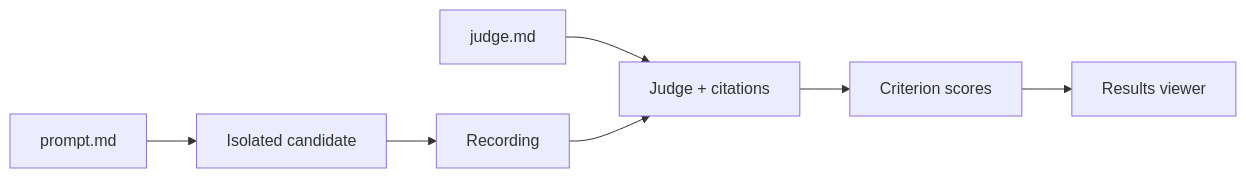
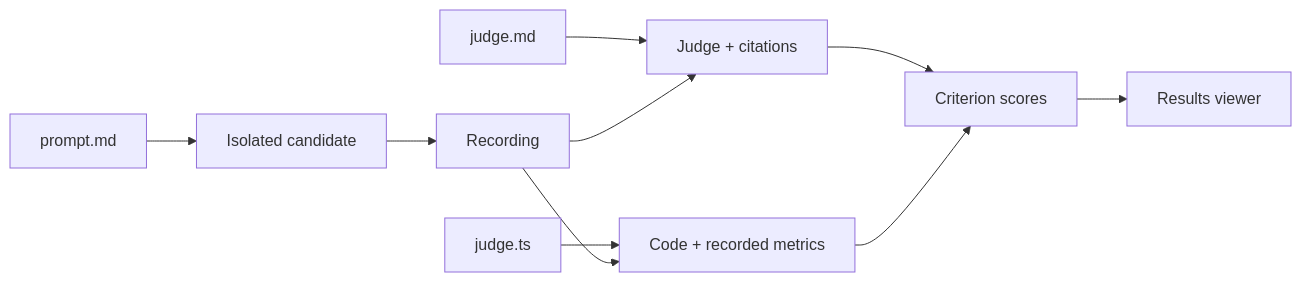
Before and after one commit to Hona/openeval: the diagram in README.md, drawn with Mermaid. The commit also changed other lines of this file and 81 other files, not shown here.

````diff
--- a/README.md
+++ b/README.md
@@ -126,6 +152,11 @@
 ```mermaid
 flowchart LR
   P["prompt.md"] --> C["Isolated candidate"] --> E["Recording"]
   J["judge.md"] --> G["Judge + citations"]
-  E --> G --> S["Criterion scores"] --> V["Results viewer"]
+  T["judge.ts"] --> F["Code + recorded metrics"]
+  E --> G
+  E --> F
+  G --> S["Criterion scores"]
+  F --> S
+  S --> V["Results viewer"]
 ```
````
